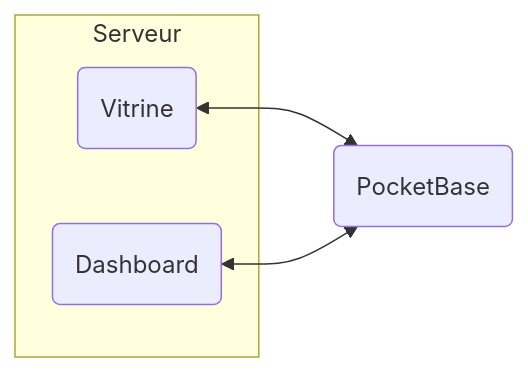
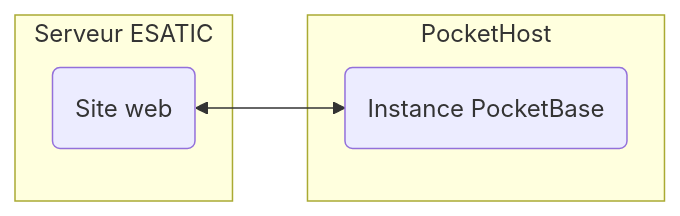
The diagram in README.md (sovmulax/cid), drawn with Mermaid before and after one commit. The commit also changed other lines of this file, not shown here.

````diff
--- a/README.md
+++ b/README.md
@@ -7,10 +7,12 @@
 ```mermaid
 flowchart LR
-    subgraph Serveur
-        web(Vitrine)
-        admin(Dashboard)
+    subgraph "Serveur ESATIC"
+        web(Site web)
     end
 
-    web <--> pb(PocketBase)
-    admin <--> pb
+    subgraph PocketHost
+        pb(Instance PocketBase)
+    end
+
+    web <--> pb
 ```
````
